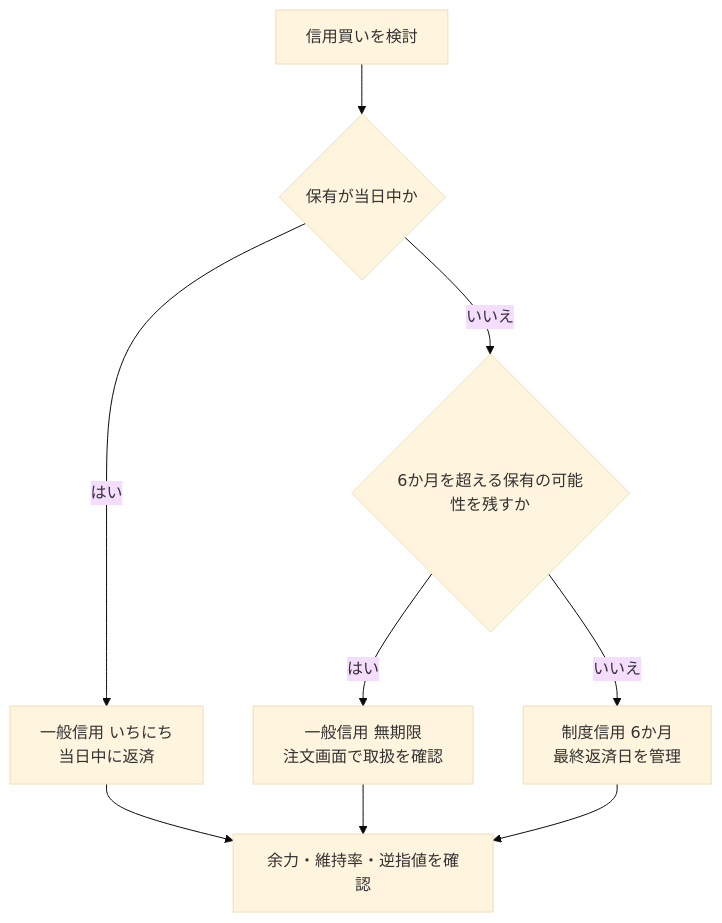
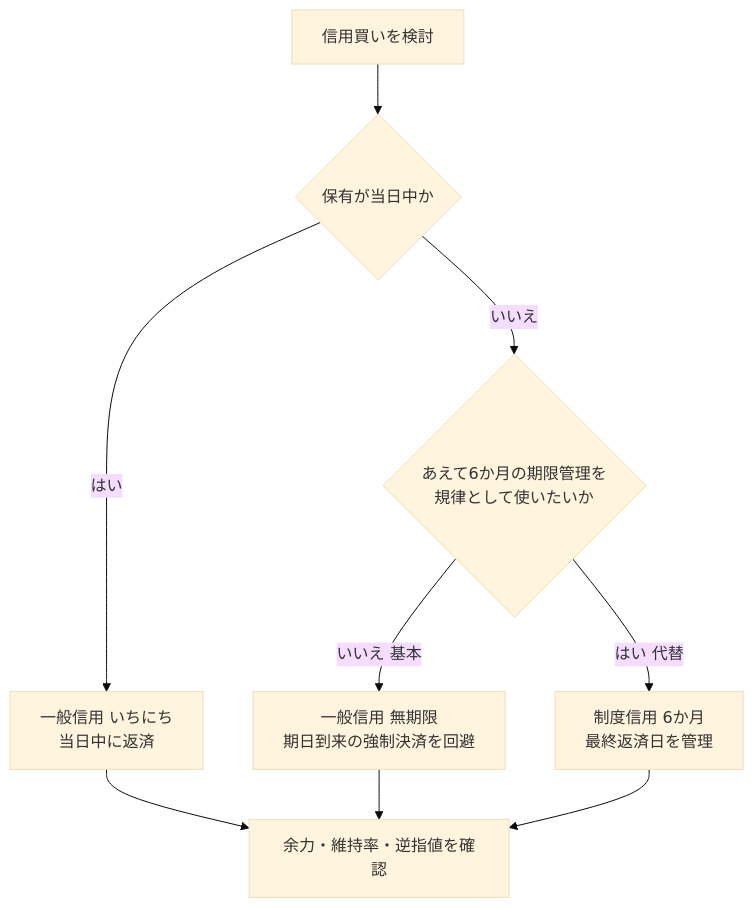
The diagram in md/finance/rakuten-margin-trading-beginner-guide.md (fununi222/website), drawn with Mermaid (base theme) before and after one commit. The commit also changed other lines of this file and 3 other files, not shown here.

````diff
--- a/md/finance/rakuten-margin-trading-beginner-guide.md
+++ b/md/finance/rakuten-margin-trading-beginner-guide.md
@@ -32,11 +38,11 @@
 ```mermaid
 flowchart TD
     A[信用買いを検討] --> B{保有が当日中か}
     B -->|はい| C[一般信用 いちにち<br/>当日中に返済]
-    B -->|いいえ| D{6か月を超える保有の可能性を残すか}
-    D -->|はい| E[一般信用 無期限<br/>注文画面で取扱を確認]
-    D -->|いいえ| F[制度信用 6か月<br/>最終返済日を管理]
+    B -->|いいえ| D{あえて6か月の期限管理を<br/>規律として使いたいか}
+    D -->|いいえ 基本| E[一般信用 無期限<br/>期日到来の強制決済を回避]
+    D -->|はい 代替| F[制度信用 6か月<br/>最終返済日を管理]
     C --> G[余力・維持率・逆指値を確認]
     E --> G
     F --> G
 ```
````
